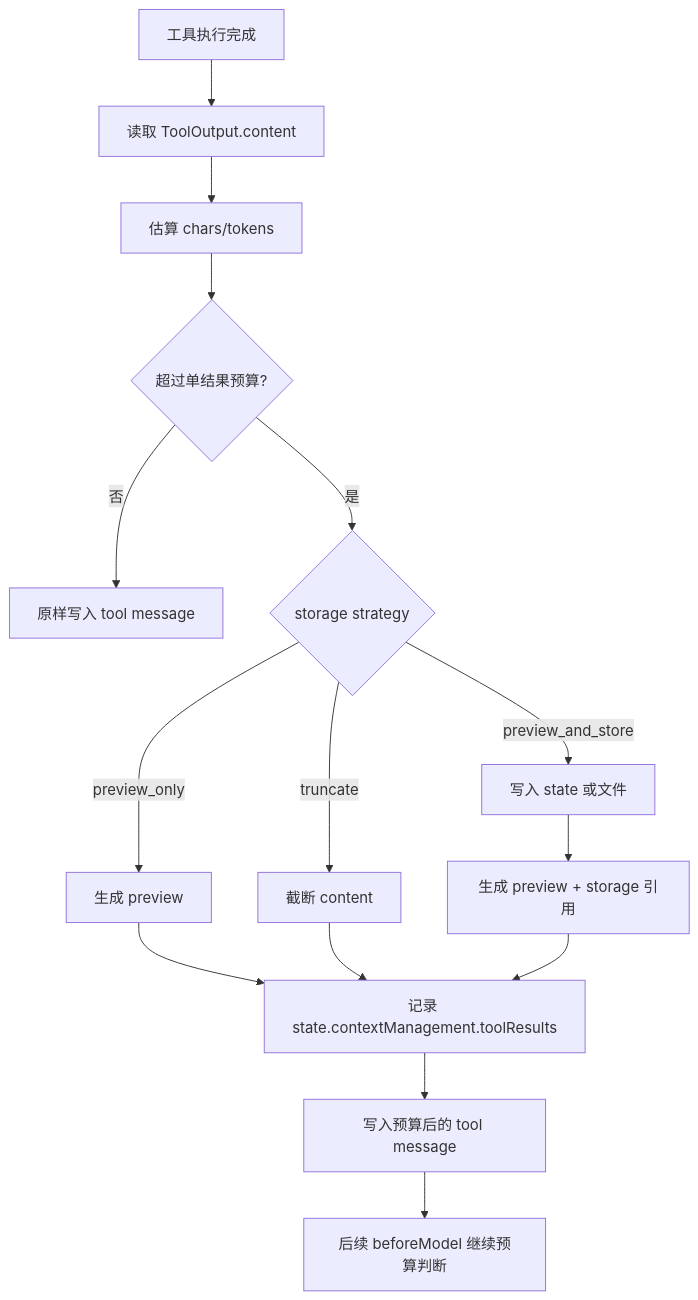
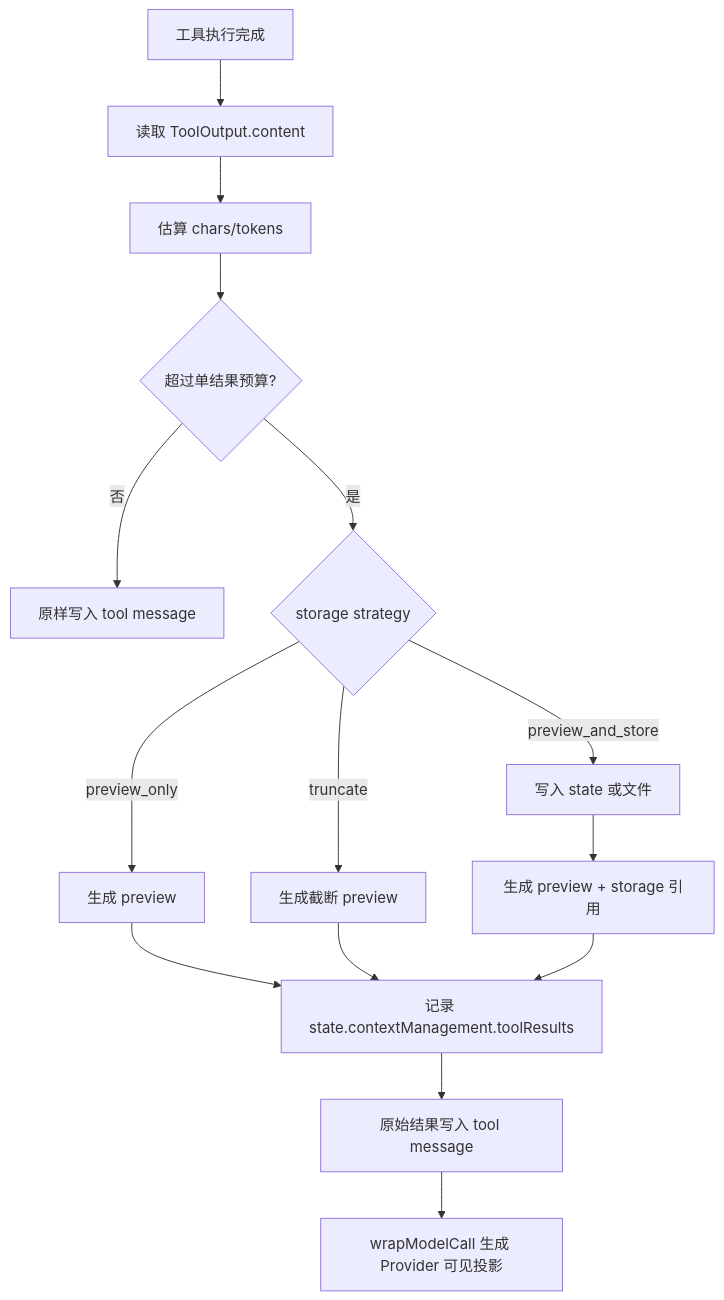
One commit to zixingtangmouren/mech-code changed the first of 3 diagrams in docs/16-context-management-middleware-design.md. Above: the diagram before and after it, drawn with Mermaid. The commit also changed other lines of this file and 38 other files, not shown here.

````diff
--- a/docs/16-context-management-middleware-design.md
+++ b/docs/16-context-management-middleware-design.md
@@ -236,17 +271,17 @@
 ```mermaid
 flowchart TD
   A["工具执行完成"] --> B["读取 ToolOutput.content"]
   B --> C["估算 chars/tokens"]
   C --> D{"超过单结果预算?"}
   D -- 否 --> E["原样写入 tool message"]
   D -- 是 --> F{"storage strategy"}
   F -- preview_only --> G["生成 preview"]
-  F -- truncate --> H["截断 content"]
+  F -- truncate --> H["生成截断 preview"]
   F -- preview_and_store --> I["写入 state 或文件"]
   I --> J["生成 preview + storage 引用"]
   G --> K["记录 state.contextManagement.toolResults"]
   H --> K
   J --> K
-  K --> L["写入预算后的 tool message"]
-  L --> M["后续 beforeModel 继续预算判断"]
+  K --> L["原始结果写入 tool message"]
+  L --> M["wrapModelCall 生成 Provider 可见投影"]
 ```
````
